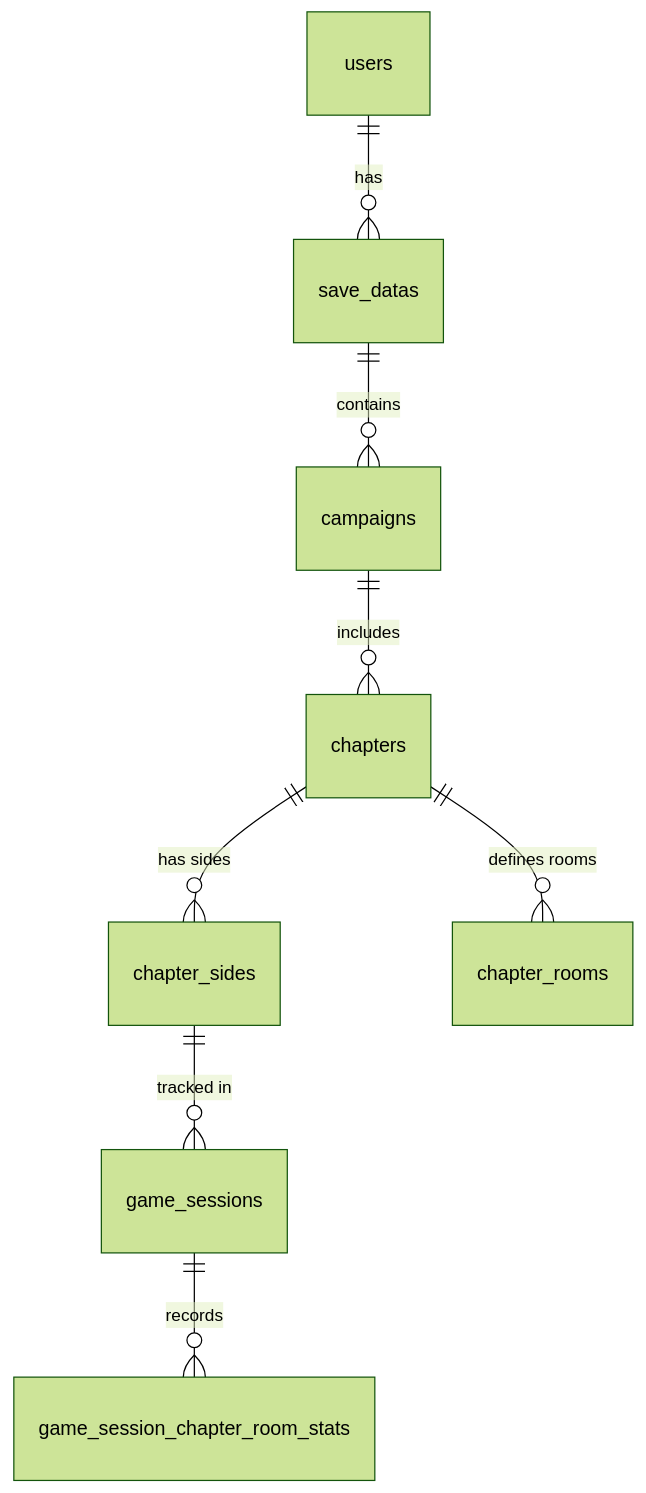
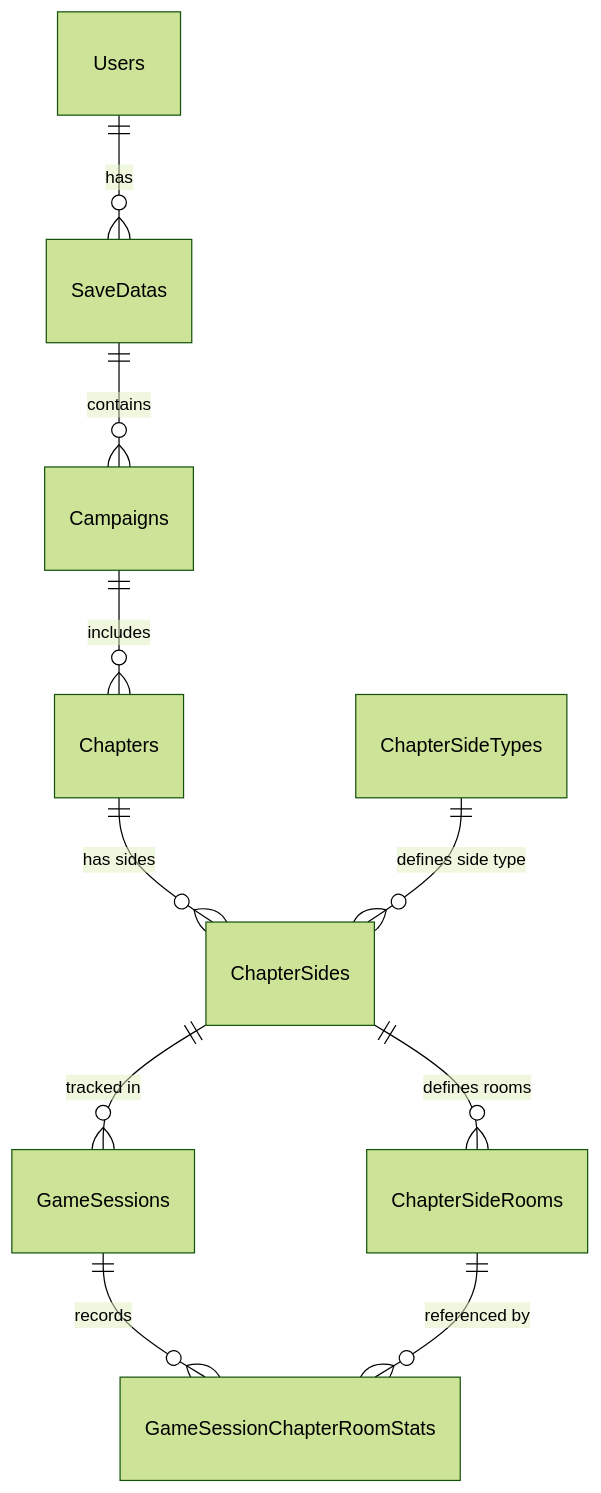
One commit to KristanLaimon/TheCelesteTracker-Mod changed the diagram in TheCelesteTracker_Mod/Documentation/Database_FullSchema.md. Above: the diagram before and after it, drawn with Mermaid (forest theme). The commit also changed other lines of this file and 2 other files, not shown here.

Commit message:
docs: Updating database schema docs and

````diff
--- a/TheCelesteTracker_Mod/Documentation/Database_FullSchema.md
+++ b/TheCelesteTracker_Mod/Documentation/Database_FullSchema.md
@@ -23,10 +23,12 @@
 ```mermaid
 erDiagram
-    users ||--o{ save_datas : "has"
-    save_datas ||--o{ campaigns : "contains"
-    campaigns ||--o{ chapters : "includes"
-    chapters ||--o{ chapter_sides : "has sides"
-    chapters ||--o{ chapter_rooms : "defines rooms"
-    chapter_sides ||--o{ game_sessions : "tracked in"
-    game_sessions ||--o{ game_session_chapter_room_stats : "records"
+    Users ||--o{ SaveDatas : "has"
+    SaveDatas ||--o{ Campaigns : "contains"
+    Campaigns ||--o{ Chapters : "includes"
+    Chapters ||--o{ ChapterSides : "has sides"
+    ChapterSides ||--o{ ChapterSideRooms : "defines rooms"
+    ChapterSides ||--o{ GameSessions : "tracked in"
+    GameSessions ||--o{ GameSessionChapterRoomStats : "records"
+    ChapterSideRooms ||--o{ GameSessionChapterRoomStats : "referenced by"
+    ChapterSideTypes ||--o{ ChapterSides : "defines side type"
 ```
````
